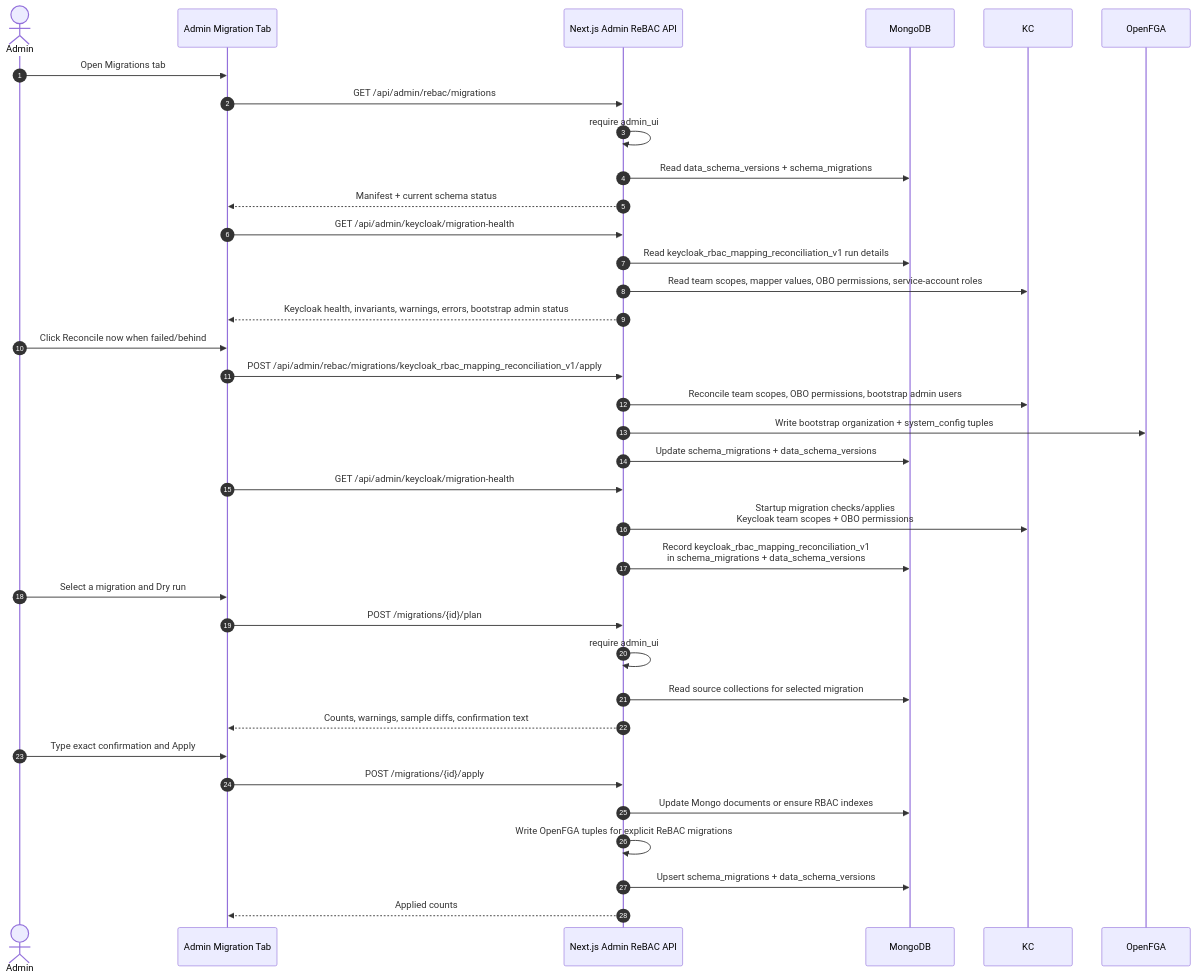
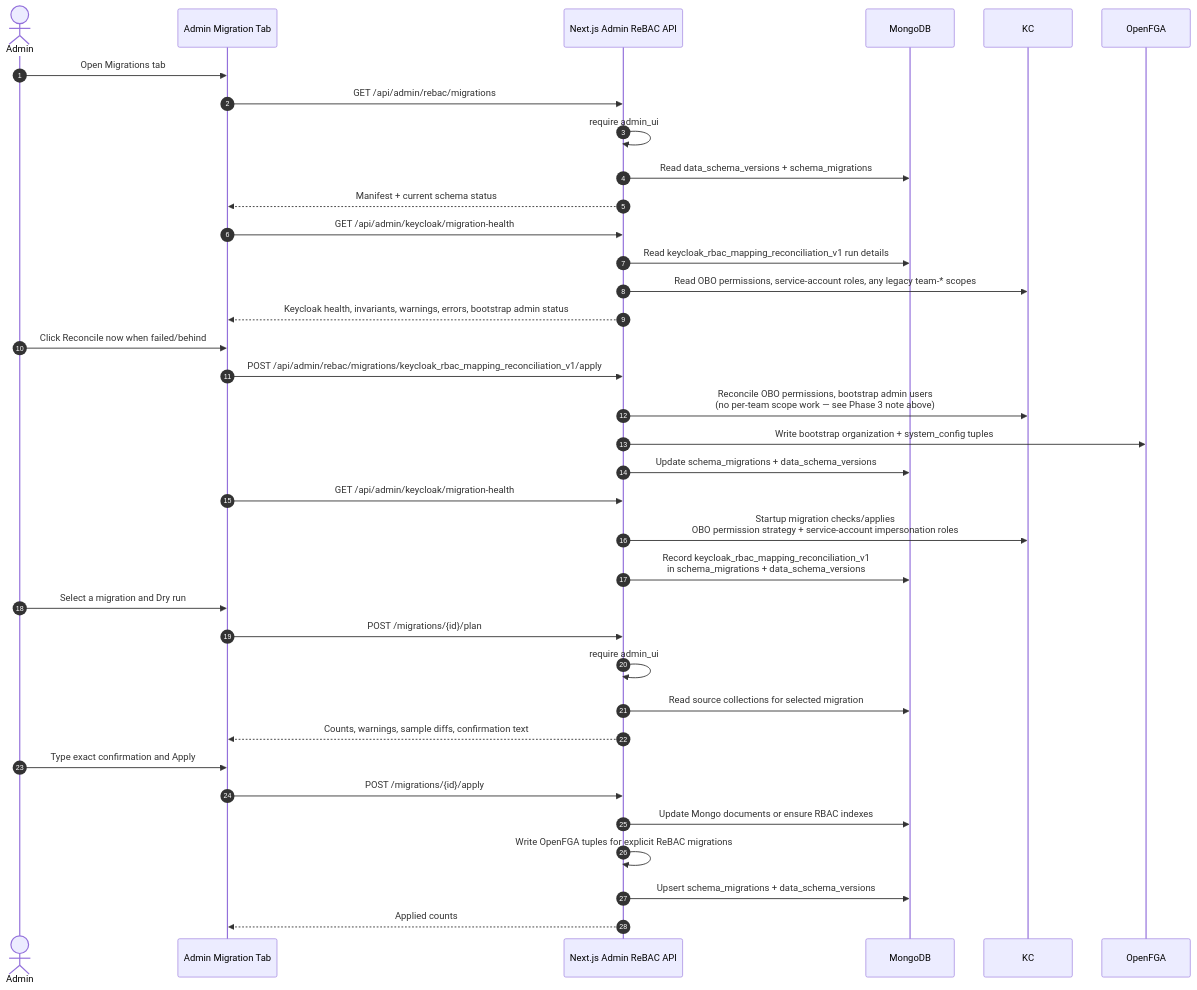
The ninth of 13 diagrams in docs/docs/security/rbac/workflows.md (cnoe-io/ai-platform-engineering), drawn with Mermaid before and after one commit. The commit also changed other lines of this file and 3 other files, not shown here.

````diff
--- a/docs/docs/security/rbac/workflows.md
+++ b/docs/docs/security/rbac/workflows.md
@@ -703,37 +705,37 @@
 ```mermaid
 sequenceDiagram
     autonumber
     actor Admin
     participant UI as Admin Migration Tab
     participant BFF as Next.js Admin ReBAC API
     participant MDB as MongoDB
 
     Admin->>UI: Open Migrations tab
     UI->>BFF: GET /api/admin/rebac/migrations
     BFF->>BFF: require admin_ui#admin
     BFF->>MDB: Read data_schema_versions + schema_migrations
     BFF-->>UI: Manifest + current schema status
     UI->>BFF: GET /api/admin/keycloak/migration-health
     BFF->>MDB: Read keycloak_rbac_mapping_reconciliation_v1 run details
-    BFF->>KC: Read team scopes, mapper values, OBO permissions, service-account roles
+    BFF->>KC: Read OBO permissions, service-account roles, any legacy team-* scopes
     BFF-->>UI: Keycloak health, invariants, warnings, errors, bootstrap admin status
     Admin->>UI: Click Reconcile now when failed/behind
     UI->>BFF: POST /api/admin/rebac/migrations/keycloak_rbac_mapping_reconciliation_v1/apply
-    BFF->>KC: Reconcile team scopes, OBO permissions, bootstrap admin users
+    BFF->>KC: Reconcile OBO permissions, bootstrap admin users<br/>(no per-team scope work — see Phase 3 note above)
     BFF->>OpenFGA: Write bootstrap organization + system_config tuples
     BFF->>MDB: Update schema_migrations + data_schema_versions
     UI->>BFF: GET /api/admin/keycloak/migration-health
-    BFF->>KC: Startup migration checks/applies<br/>Keycloak team scopes + OBO permissions
+    BFF->>KC: Startup migration checks/applies<br/>OBO permission strategy + service-account impersonation roles
     BFF->>MDB: Record keycloak_rbac_mapping_reconciliation_v1<br/>in schema_migrations + data_schema_versions
     Admin->>UI: Select a migration and Dry run
     UI->>BFF: POST /migrations/{id}/plan
     BFF->>BFF: require admin_ui#admin
     BFF->>MDB: Read source collections for selected migration
     BFF-->>UI: Counts, warnings, sample diffs, confirmation text
     Admin->>UI: Type exact confirmation and Apply
     UI->>BFF: POST /migrations/{id}/apply
     BFF->>MDB: Update Mongo documents or ensure RBAC indexes
     BFF->>BFF: Write OpenFGA tuples for explicit ReBAC migrations
     BFF->>MDB: Upsert schema_migrations + data_schema_versions
     BFF-->>UI: Applied counts
 ```
````
